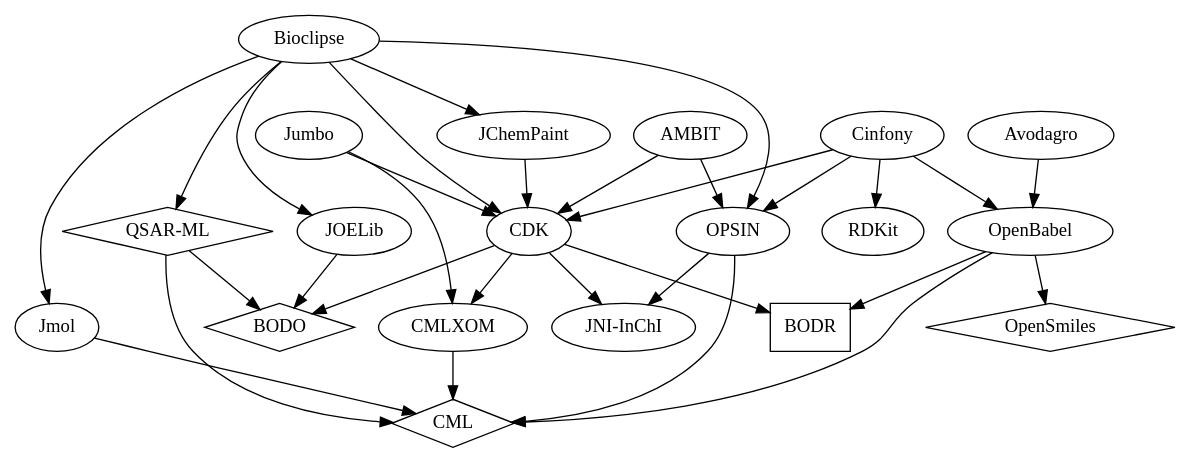
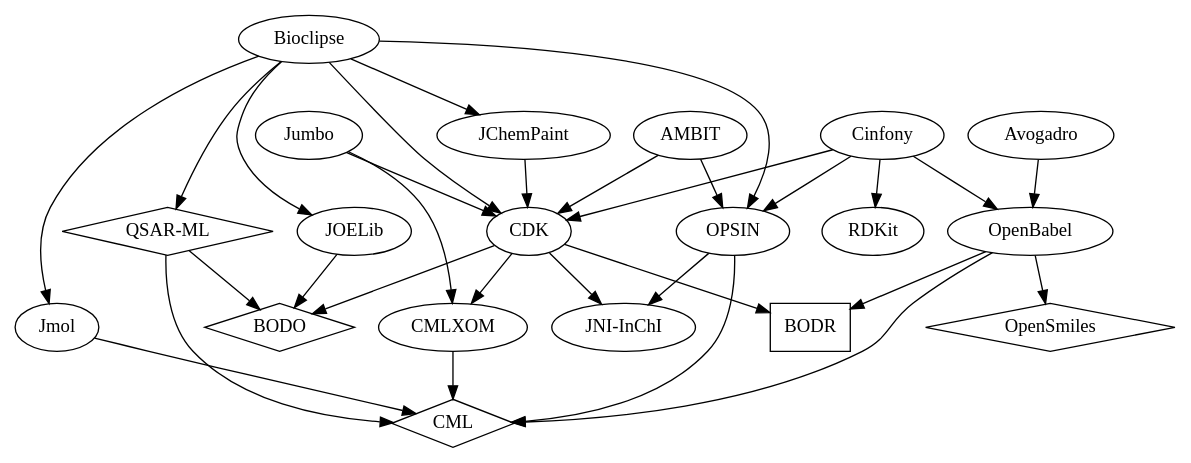
One commit to bopaper/bopaper changed the diagram in deps.dot. Above: the diagram before and after it, drawn with Graphviz. The commit also changed 1 other file, not shown here.

Commit message:
Fixed Avogadro spelling

```diff
--- a/deps.dot
+++ b/deps.dot
@@ -1,70 +1,70 @@
 digraph g {
   /* license colors:
 
     GPL v3 : dark green
     GPL v2 : light green
     LGPL v2 : dark blue
     LGPL v2 : light blue
 
   */
 
   /* Project labels */
 
   ambit [label="AMBIT"] ;
-  avogadro [label="Avodagro"] ;
+  avogadro [label="Avogadro"] ;
   bioclipse [label="Bioclipse"] ;
   bodo [label="BODO",shape=diamond] ;
   bodr [label="BODR",shape=box] ;
   cdk [label="CDK"] ;
   cinfony [label="Cinfony"] ;
   cml [label="CML",shape=diamond] ;
   cmlxom [label="CMLXOM"] ;
   jchempaint [label="JChemPaint"] ;
   jmol [label="Jmol"] ;
   jniinchi [label="JNI-InChI"] ;
   jumbo [label="Jumbo"] ;
   ob [label="OpenBabel"] ;
   joelib [label="JOELib"] ;
   opensmiles [label="OpenSmiles",shape=diamond] ;
   opsin [label="OPSIN"] ;
   qsarml [label="QSAR-ML",shape=diamond] ;
   rdkit [label="RDKit"] ;
 
   /* Uses */
 
   cdk -> jniinchi ;
   cdk -> bodr ;
   cdk -> bodo ;
   ob -> bodr ;
   ob -> opensmiles ;
   ob -> cml ;
   avogadro -> ob ;
   bioclipse -> cdk ;
   bioclipse -> jmol ;
   bioclipse -> opsin ;
   bioclipse -> joelib ;
   bioclipse -> jchempaint ;
   cdk -> cmlxom ;
   jumbo -> cdk ;
   jumbo -> cmlxom ;
   cmlxom -> cml ;
   jchempaint -> cdk ;
   cinfony -> cdk ;
   cinfony -> ob ;
   cinfony -> rdkit ;
   ambit -> cdk ;
   jmol -> cml ;
   joelib -> bodo ;
   bioclipse -> qsarml ;
   qsarml -> cml ;
   qsarml -> bodo ;
   opsin -> cml ;
   opsin -> jniinchi ;
   ambit -> opsin ;
   cinfony -> opsin ;
 
   /* Inherited code */
 
   /* ... who wants to have a go ? ... */
 
 }
```
